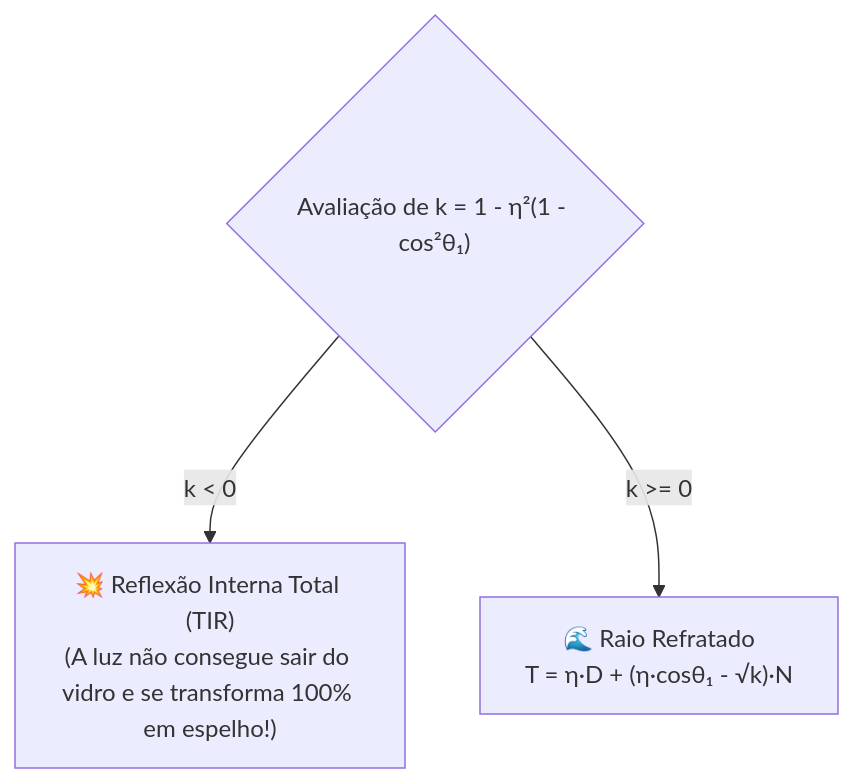
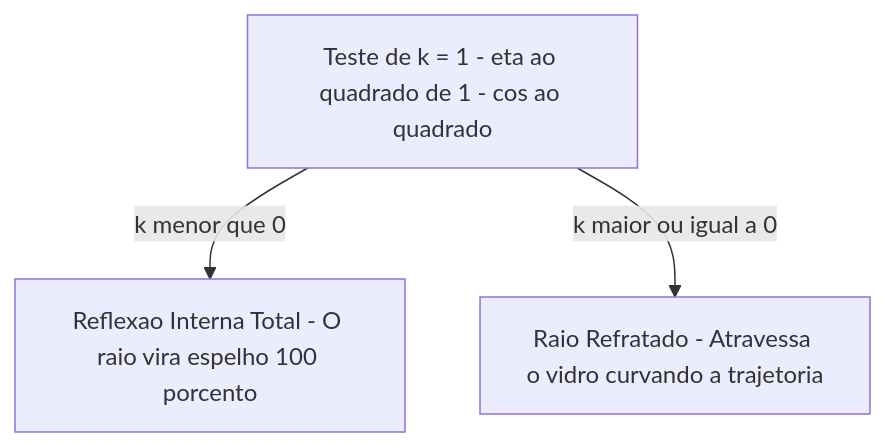
One commit to Gabriel-Freitas-S/CGPDI.StudyLab changed the diagram in docs/src/content/docs/raytracing/reflexao-refracao-snell.md. Above: the diagram before and after it, drawn with Mermaid. The commit also changed other lines of this file and 35 other files, not shown here.

Commit message:
docs: aprimorar linguagem didatica e suporte nativo a diagramas Mermaid

````diff
--- a/docs/src/content/docs/raytracing/reflexao-refracao-snell.md
+++ b/docs/src/content/docs/raytracing/reflexao-refracao-snell.md
@@ -50,6 +28,6 @@
 ```mermaid
 graph TD
-    K_Test{"Avaliação de k = 1 - η²(1 - cos²θ₁)"}
-    K_Test -->|k < 0| TIR["💥 Reflexão Interna Total (TIR)\n(A luz não consegue sair do vidro e se transforma 100% em espelho!)"]
-    K_Test -->|k >= 0| Refratado["🌊 Raio Refratado\nT = η·D + (η·cosθ₁ - √k)·N"]
+    K_Test[Teste de k = 1 - eta ao quadrado de 1 - cos ao quadrado]
+    K_Test -->|k menor que 0| TIR[Reflexao Interna Total - O raio vira espelho 100 porcento]
+    K_Test -->|k maior ou igual a 0| Refratado[Raio Refratado - Atravessa o vidro curvando a trajetoria]
 ```
````
